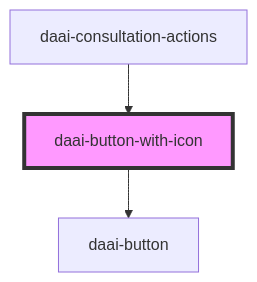
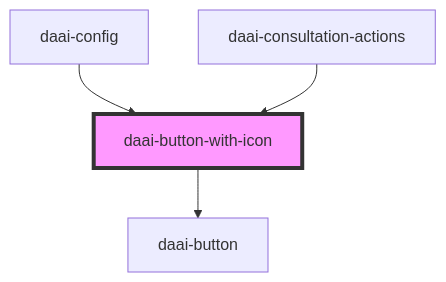
The diagram in src/components/molecules/daai-button-with-icon/readme.md (doctor-assistant/web-components), drawn with Mermaid before and after one commit. The commit also changed other lines of this file and 6 other files, not shown here.

````diff
--- a/src/components/molecules/daai-button-with-icon/readme.md
+++ b/src/components/molecules/daai-button-with-icon/readme.md
@@ -26,6 +27,7 @@
 ```mermaid
 graph TD;
   daai-button-with-icon --> daai-button
+  daai-config --> daai-button-with-icon
   daai-consultation-actions --> daai-button-with-icon
   style daai-button-with-icon fill:#f9f,stroke:#333,stroke-width:4px
 ```
````
